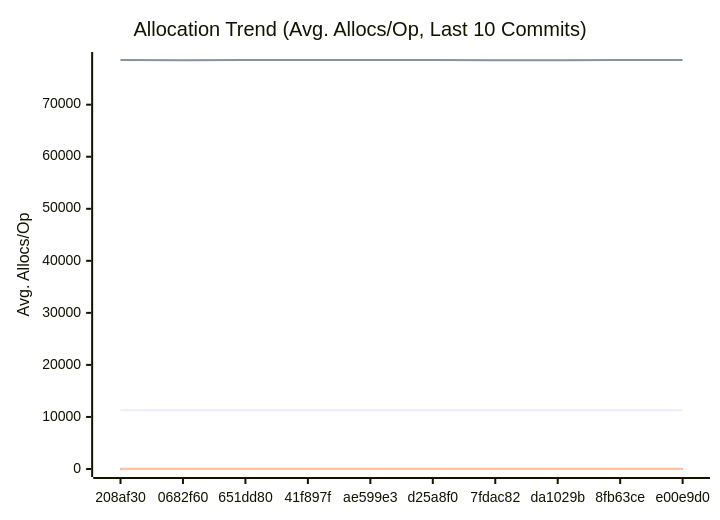
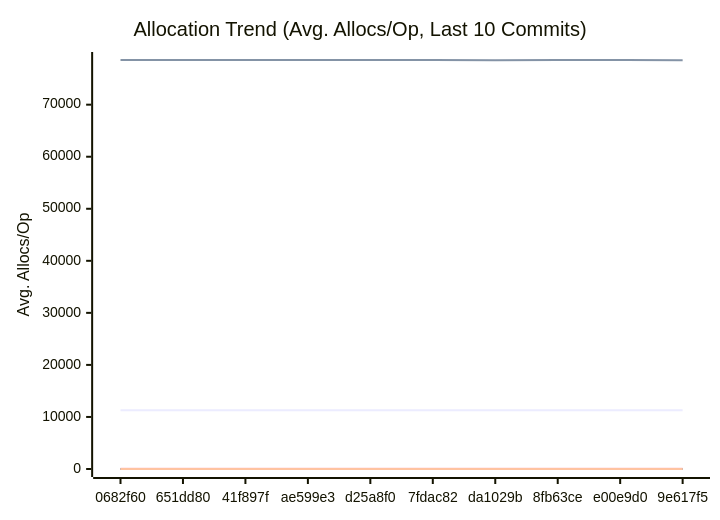
The third of 3 diagrams in docs/PERFORMANCE.md (alsotoes/momo), drawn with Mermaid before and after one commit. The commit also changed other lines of this file and 1 other file, not shown here.

````diff
--- a/docs/PERFORMANCE.md
+++ b/docs/PERFORMANCE.md
@@ -197,20 +197,20 @@
 ```mermaid
 xychart-beta
     title "Allocation Trend (Avg. Allocs/Op, Last 10 Commits)"
     x-axis "Commit"
     y-axis "Avg. Allocs/Op"
-    x-axis [208af30,0682f60,651dd80,41f897f,ae599e3,d25a8f0,7fdac82,da1029b,8fb63ce,e00e9d0]
-    line "AWSChunkedReaderSigned" [11285,11285,11290,11275,11278,11276,11292,11270,11274,11274]
-    line "AWSChunkedReaderUnsigned" [78586,78562,78583,78570,78570,78570,78560,78555,78563,78570]
+    x-axis [0682f60,651dd80,41f897f,ae599e3,d25a8f0,7fdac82,da1029b,8fb63ce,e00e9d0,9e617f5]
+    line "AWSChunkedReaderSigned" [11285,11290,11275,11278,11276,11292,11270,11274,11274,11275]
+    line "AWSChunkedReaderUnsigned" [78562,78583,78570,78570,78570,78560,78555,78563,78570,78558]
     line "CheckMetricsAndSwap" [0,0,0,0,0,0,0,0,0,0]
     line "CrushOptimized" [0,0,0,0,0,0,0,0,0,0]
     line "CrushOriginal" [3,3,3,3,3,3,3,3,3,3]
     line "IndexDirectTracking" [0,0,0,0,0,0,0,0,0,0]
     line "IndexSearch" [0,0,0,0,0,0,0,0,0,0]
     line "LoadGlobalConfig" [54,54,54,54,54,54,54,54,54,54]
     line "PadString" [1,1,1,1,1,1,1,1,1,1]
     line "ParseReplicationOrder_NoPrealloc" [6,6,6,6,6,5,5,5,5,5]
     line "ParseReplicationOrder_Prealloc" [2,2,2,2,2,1,1,1,1,1]
     line "SanitizeLog/Safe" [0,0,0,0,0,0,0,0,0,0]
     line "SanitizeLog/Unsafe" [1,1,1,1,1,1,1,1,1,1]
 ```
````
